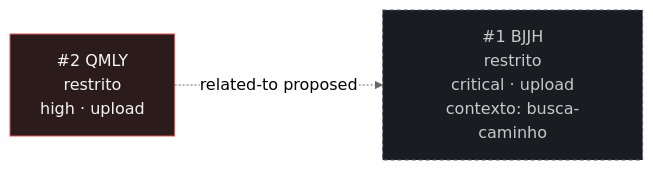
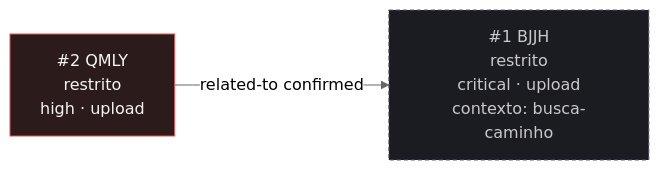
Before and after one commit to Adriano1976/reversa-analisador-genealogico: the diagram in _reversa_bugs/upload-gedcom/generated/graph.md, drawn with Mermaid (neutral theme). The commit also changed other lines of this file and 30 other files, not shown here.

First line of the commit message:
fix(reversa): fecha o QMLY e planeja o BJJH

````diff
--- a/_reversa_bugs/upload-gedcom/generated/graph.md
+++ b/_reversa_bugs/upload-gedcom/generated/graph.md
@@ -5,8 +5,8 @@
 ```mermaid
 graph LR
   BUG-20260929-QMLY["#2 QMLY<br/>restrito<br/>high · upload"]
   style BUG-20260929-QMLY fill:#2b1b1b,stroke:#e05252,color:#f5f5f5
   BUG-20260929-BJJH["#1 BJJH<br/>restrito<br/>critical · upload<br/>contexto: busca-caminho"]
   style BUG-20260929-BJJH fill:#1b1b22,stroke:#5a5a7a,color:#c9c9c9,stroke-dasharray:4 3
-  BUG-20260929-QMLY -.->|related-to proposed| BUG-20260929-BJJH
+  BUG-20260929-QMLY -->|related-to confirmed| BUG-20260929-BJJH
 ```
````
